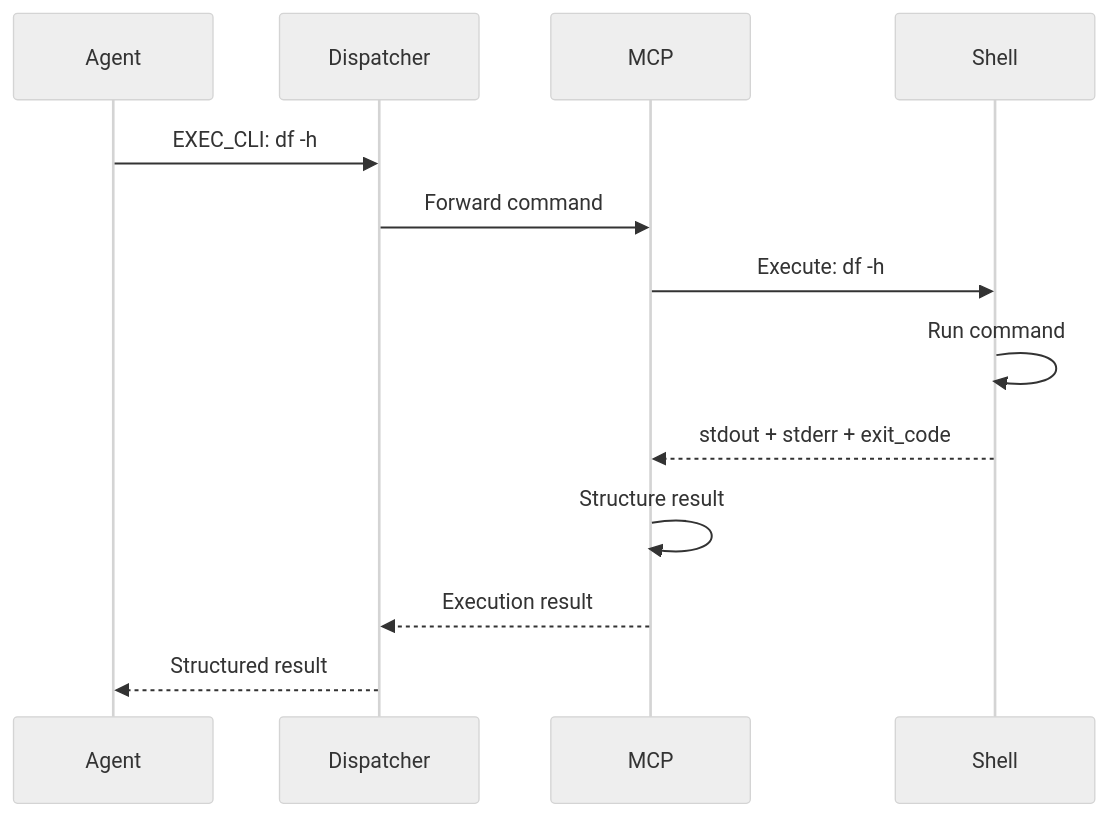
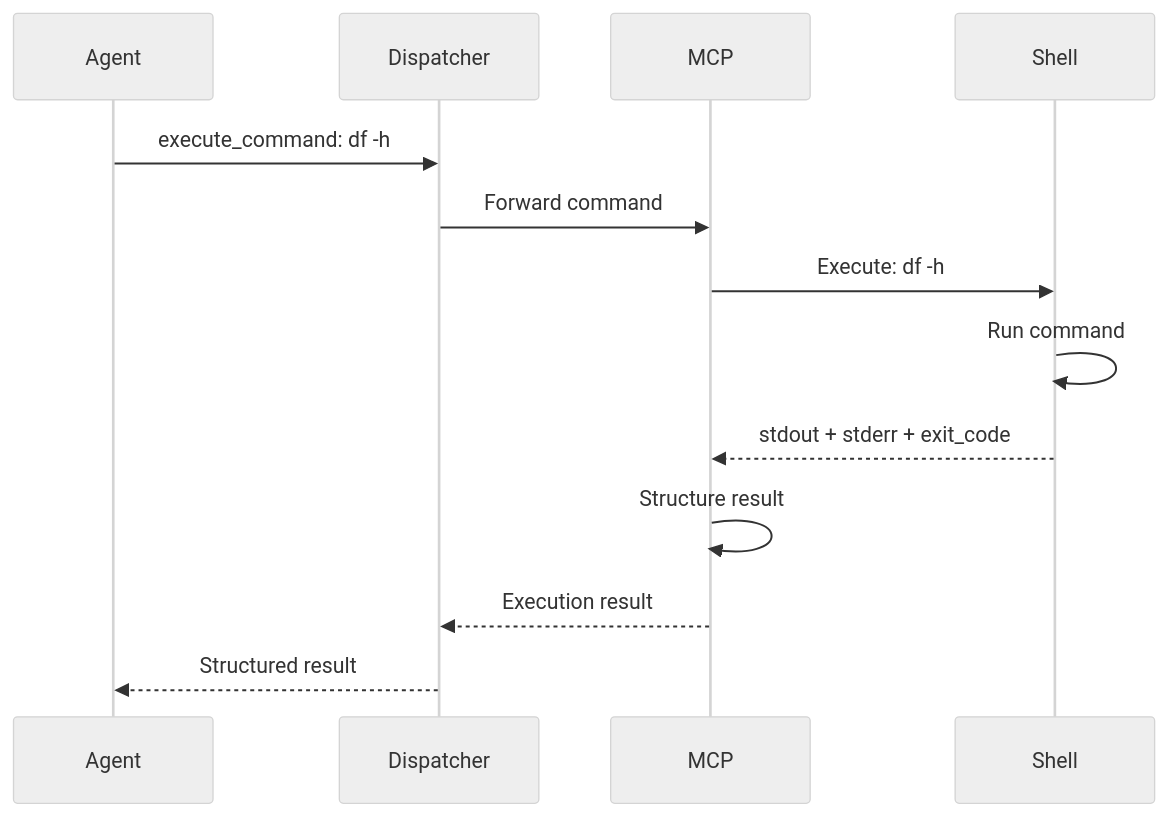
One commit to microsoft/UFO changed the second of 4 diagrams in documents/docs/linux/commands.md. Above: the diagram before and after it, drawn with Mermaid (neutral theme). The commit also changed other lines of this file and 4 other files, not shown here.

````diff
--- a/documents/docs/linux/commands.md
+++ b/documents/docs/linux/commands.md
@@ -63,16 +60,16 @@
 ```mermaid
 sequenceDiagram
     participant Agent
     participant Dispatcher
     participant MCP
     participant Shell
     
-    Agent->>Dispatcher: EXEC_CLI: df -h
+    Agent->>Dispatcher: execute_command: df -h
     Dispatcher->>MCP: Forward command
     MCP->>Shell: Execute: df -h
     Shell->>Shell: Run command
     Shell-->>MCP: stdout + stderr + exit_code
     MCP->>MCP: Structure result
     MCP-->>Dispatcher: Execution result
     Dispatcher-->>Agent: Structured result
 ```
````
